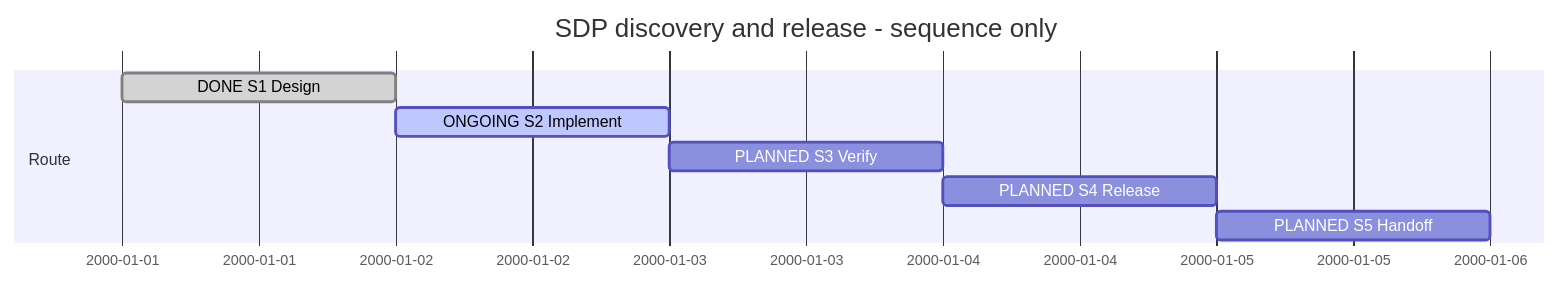
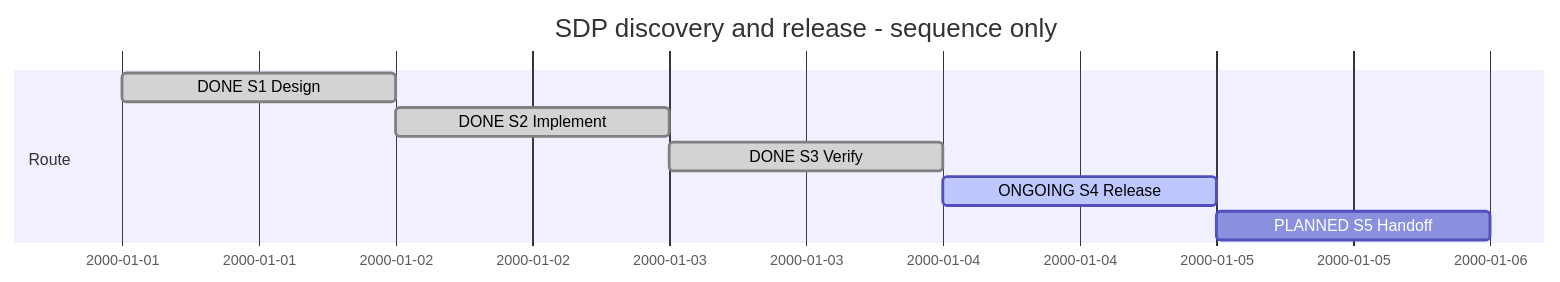
Before and after one commit to Hans-Einar/SDP: the diagram in SDP/Sessions/session-#0003--SDP_discovery_and_release.md, drawn with Mermaid. The commit also changed other lines of this file and 14 other files, not shown here.

````diff
--- a/SDP/Sessions/session-#0003--SDP_discovery_and_release.md
+++ b/SDP/Sessions/session-#0003--SDP_discovery_and_release.md
@@ -8,11 +8,11 @@
 ```mermaid
 gantt
     title SDP discovery and release - sequence only
     dateFormat YYYY-MM-DD
     section Route
     DONE S1 Design :done,s1,2000-01-01,1d
-    ONGOING S2 Implement :active,s2,after s1,1d
-    PLANNED S3 Verify :s3,after s2,1d
-    PLANNED S4 Release :s4,after s3,1d
+    DONE S2 Implement :done,s2,after s1,1d
+    DONE S3 Verify :done,s3,after s2,1d
+    ONGOING S4 Release :active,s4,after s3,1d
     PLANNED S5 Handoff :s5,after s4,1d
 ```
````
